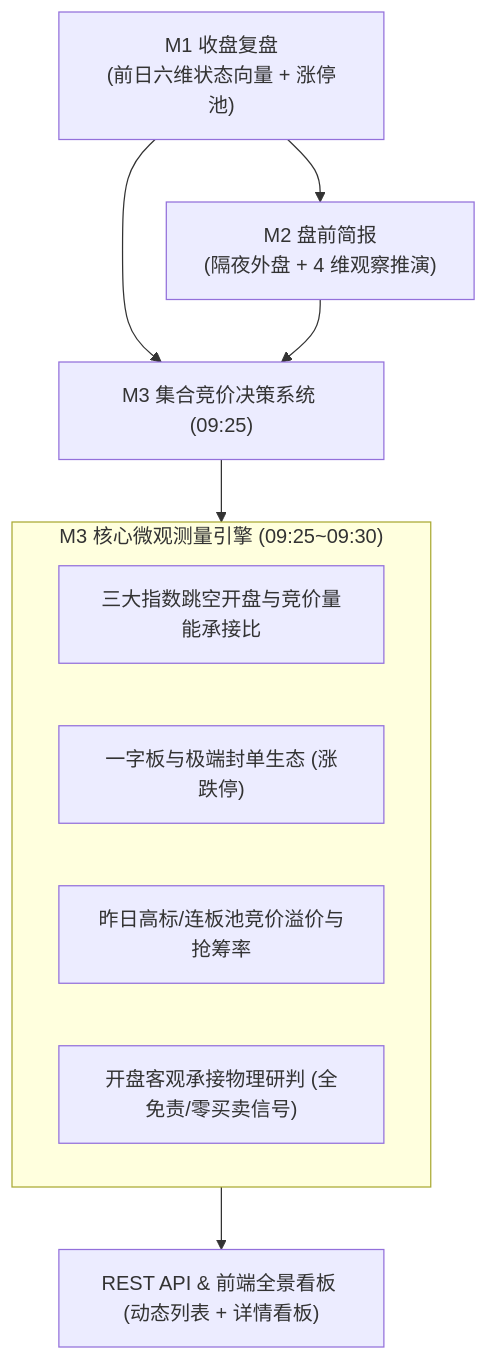
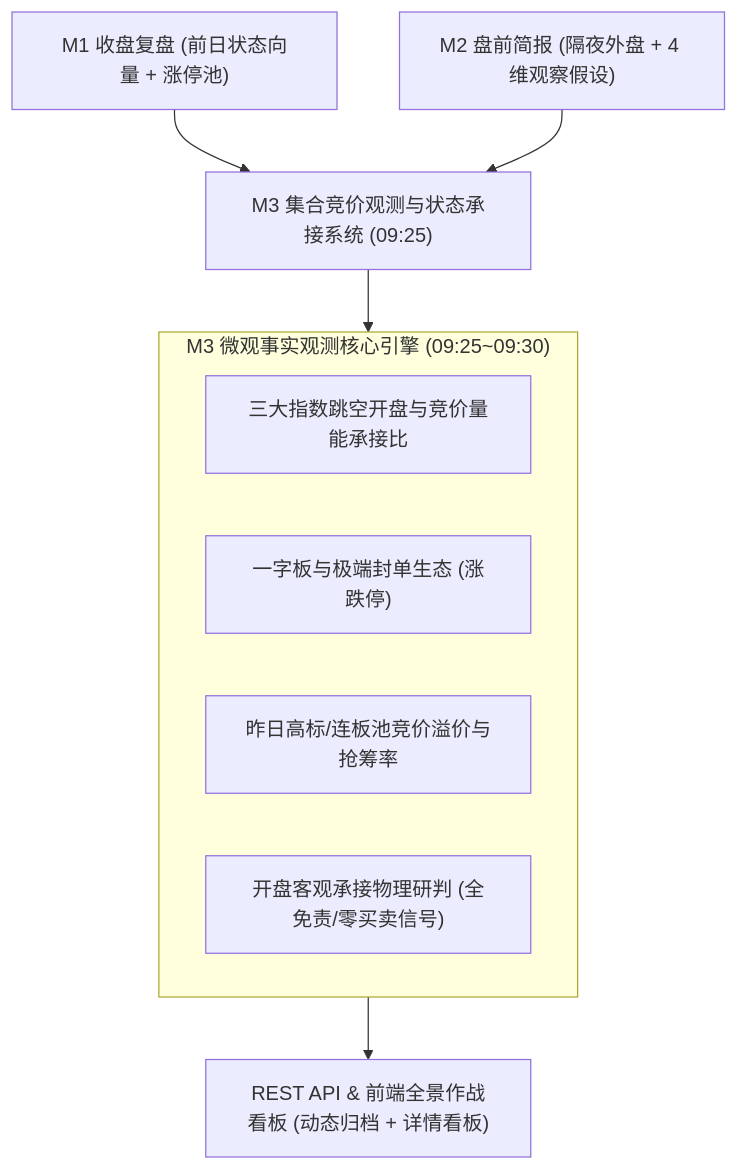
One commit to siyuwha/zhijian changed the diagram in 开发文档/15-G5-Phase-1C-M3集合竞价决策系统技术设计单.md. Above: the diagram before and after it, drawn with Mermaid. The commit also changed other lines of this file, not shown here.

````diff
--- a/开发文档/15-G5-Phase-1C-M3集合竞价决策系统技术设计单.md
+++ b/开发文档/15-G5-Phase-1C-M3集合竞价决策系统技术设计单.md
@@ -24,14 +24,13 @@
 ```mermaid
 flowchart TD
-    M1["M1 收盘复盘<br/>(前日六维状态向量 + 涨停池)"] --> M2["M2 盘前简报<br/>(隔夜外盘 + 4 维观察推演)"]
-    M1 --> M3["M3 集合竞价决策系统 (09:25)"]
-    M2 --> M3
-    subgraph M3_CORE ["M3 核心微观测量引擎 (09:25~09:30)"]
+    M1["M1 收盘复盘 (前日状态向量 + 涨停池)"] --> M3["M3 集合竞价观测与状态承接系统 (09:25)"]
+    M2["M2 盘前简报 (隔夜外盘 + 4 维观察假设)"] --> M3
+    subgraph M3_CORE ["M3 微观事实观测核心引擎 (09:25~09:30)"]
         D1["三大指数跳空开盘与竞价量能承接比"]
         D2["一字板与极端封单生态 (涨跌停)"]
         D3["昨日高标/连板池竞价溢价与抢筹率"]
         D4["开盘客观承接物理研判 (全免责/零买卖信号)"]
     end
     M3 --> M3_CORE
-    M3_CORE --> OUT["REST API & 前端全景看板 (动态列表 + 详情看板)"]
+    M3_CORE --> OUT["REST API & 前端全景作战看板 (动态归档 + 详情看板)"]
 ```
````
